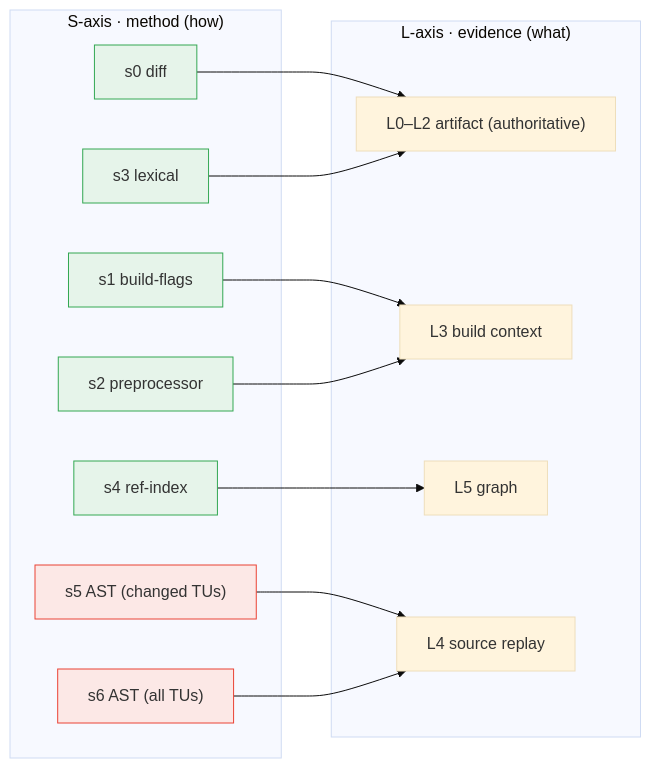
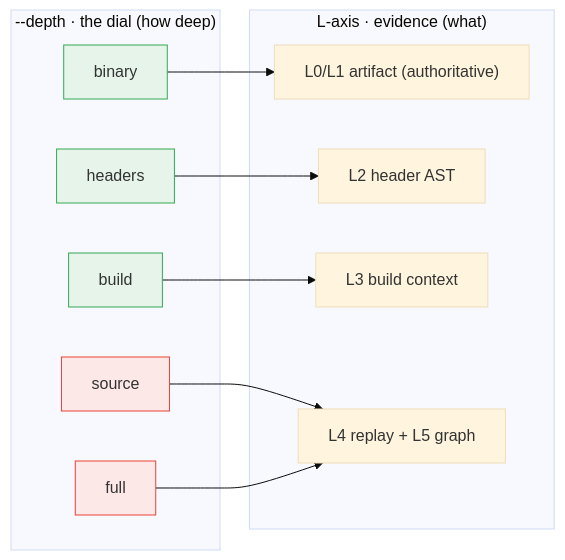
The diagram in docs/concepts/scan-and-evidence-levels.md (abicheck/abicheck), drawn with Mermaid (base theme) before and after one commit. The commit also changed other lines of this file and 23 other files, not shown here.

Commit message:
docs: align documentation with reduced CLI — retire S-levels, --depth is the single dial (#486)

````diff
--- a/docs/concepts/scan-and-evidence-levels.md
+++ b/docs/concepts/scan-and-evidence-levels.md
@@ -106,27 +115,23 @@
 ```mermaid
 flowchart LR
-    subgraph S["S-axis · method (how)"]
-      s0["s0 diff"]:::cheap
-      s1["s1 build-flags"]:::cheap
-      s2["s2 preprocessor"]:::cheap
-      s3["s3 lexical"]:::cheap
-      s4["s4 ref-index"]:::cheap
-      s5["s5 AST (changed TUs)"]:::exp
-      s6["s6 AST (all TUs)"]:::exp
+    subgraph D["--depth · the dial (how deep)"]
+      d0["binary"]:::cheap
+      d1["headers"]:::cheap
+      d2["build"]:::cheap
+      d3["source"]:::exp
+      d4["full"]:::exp
     end
     subgraph L["L-axis · evidence (what)"]
-      L02["L0–L2 artifact (authoritative)"]
+      L01["L0/L1 artifact (authoritative)"]
+      L2e["L2 header AST"]
       L3e["L3 build context"]
-      L5e["L5 graph"]
-      L4e["L4 source replay"]
+      L45["L4 replay + L5 graph"]
     end
-    s0 --> L02
-    s3 --> L02
-    s1 --> L3e
-    s2 --> L3e
-    s4 --> L5e
-    s5 --> L4e
-    s6 --> L4e
+    d0 --> L01
+    d1 --> L2e
+    d2 --> L3e
+    d3 --> L45
+    d4 --> L45
     classDef cheap fill:#e6f4ea,stroke:#34a853;
     classDef exp fill:#fce8e6,stroke:#ea4335;
 ```
````
